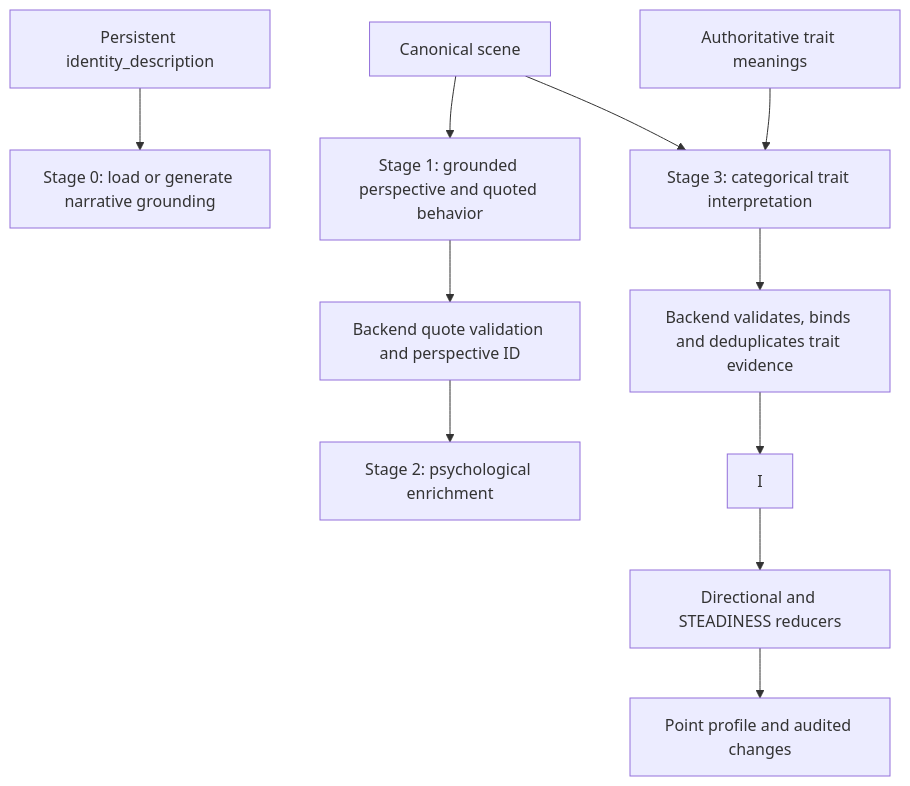
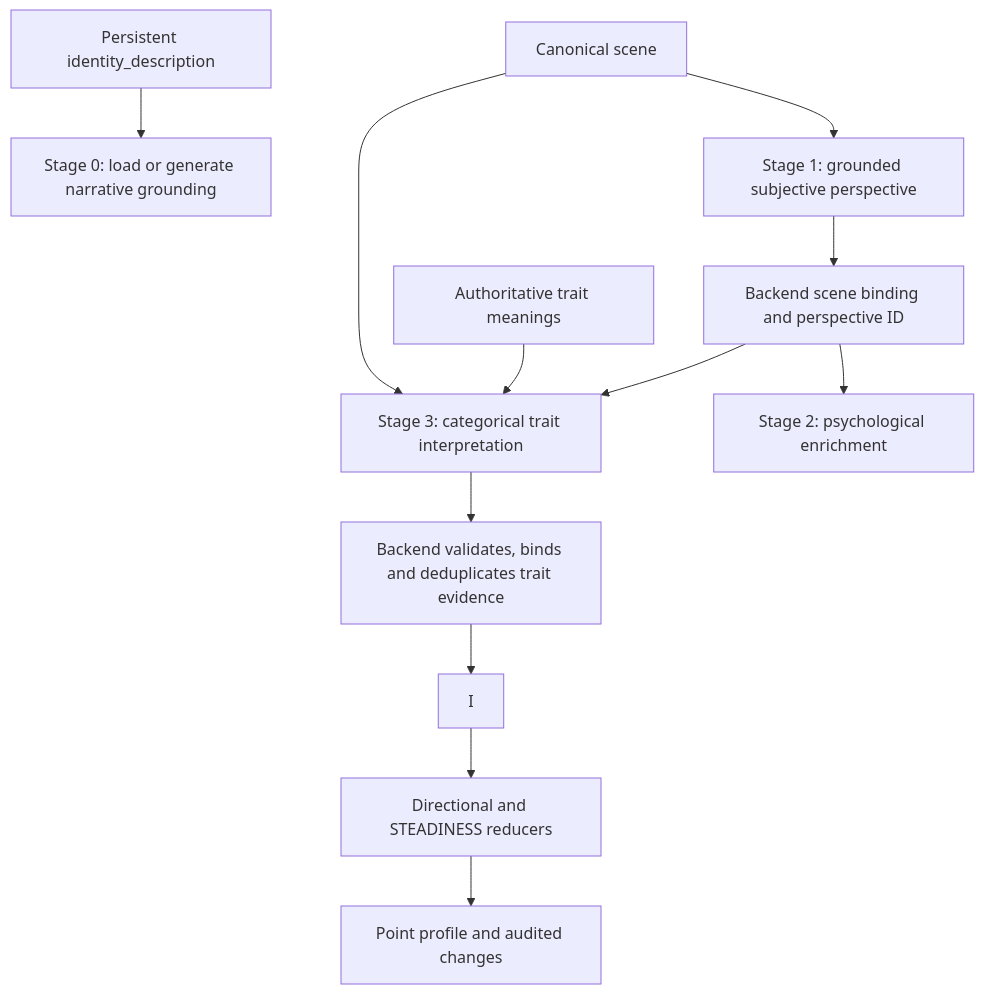
One commit to pablovin/Shrecknet changed the diagram in Documentation/Agents/CharacterAgent/Dispositional Traits.md. Above: the diagram before and after it, drawn with Mermaid. The commit also changed other lines of this file and 7 other files, not shown here.

````diff
--- a/Documentation/Agents/CharacterAgent/Dispositional Traits.md
+++ b/Documentation/Agents/CharacterAgent/Dispositional Traits.md
@@ -65,13 +65,14 @@
 ```mermaid
 flowchart TD
     A[Persistent identity_description] --> B[Stage 0: load or generate narrative grounding]
-    C[Canonical scene] --> D[Stage 1: grounded perspective and quoted behavior]
+    C[Canonical scene] --> D[Stage 1: grounded subjective perspective]
     C --> F[Stage 3: categorical trait interpretation]
-    D --> E[Backend quote validation and perspective ID]
+    D --> E[Backend scene binding and perspective ID]
     T[Authoritative trait meanings] --> F
     E --> G[Stage 2: psychological enrichment]
+    E --> F
     F --> H[Backend validates, binds and deduplicates trait evidence]
     H --> I
     I --> J[Directional and STEADINESS reducers]
     J --> K[Point profile and audited changes]
 ```
````
